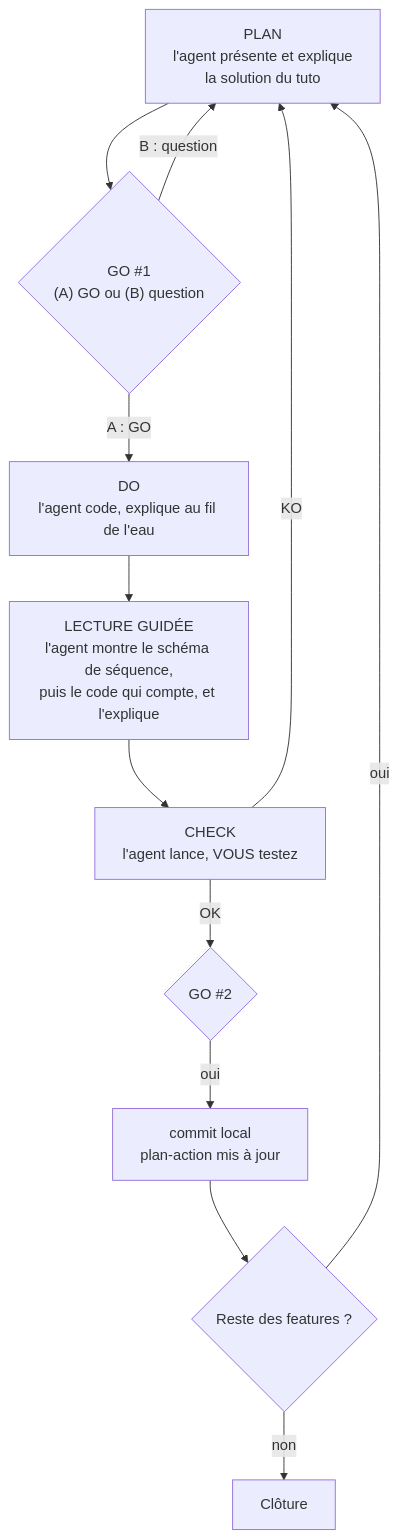
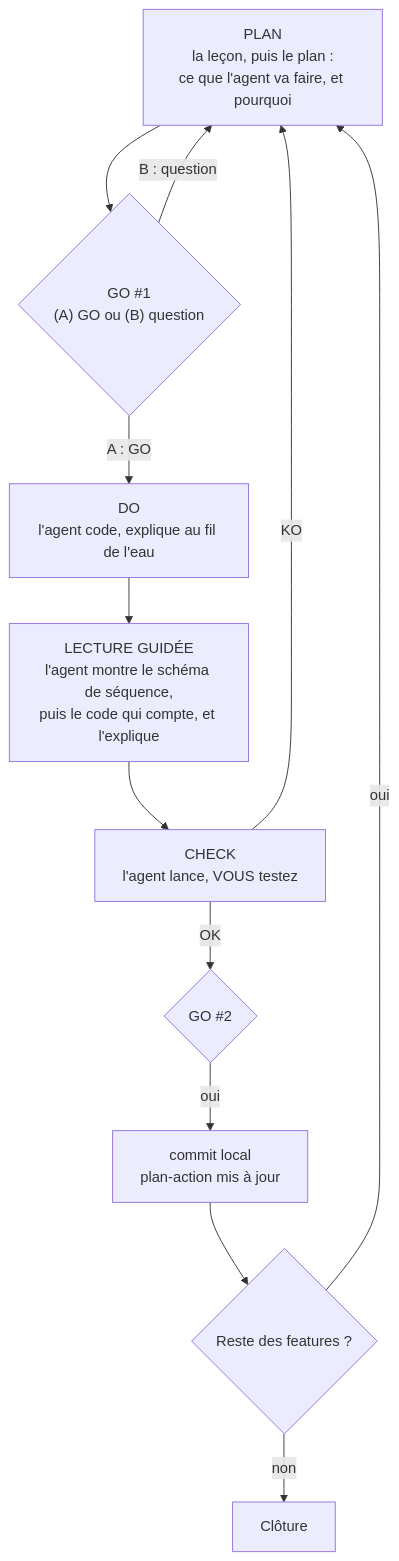
The ninth of 37 diagrams in tuto-goodvibe-vibecoding.md (lecinquiemejour-code/goodvibe-tuto), drawn with Mermaid before and after one commit. The commit also changed other lines of this file and 1 other file, not shown here.

Commit message:
Pédagogie en amont : le PLAN commence par la leçon, rubrique Pourquoi et l'idée en clair dans chaque fiche

````diff
--- a/tuto-goodvibe-vibecoding.md
+++ b/tuto-goodvibe-vibecoding.md
@@ -414,14 +432,14 @@
 ```mermaid
 flowchart TD
-    P["PLAN<br/>l'agent présente et explique<br/>la solution du tuto"] --> G1{"GO #1<br/>(A) GO ou (B) question"}
+    P["PLAN<br/>la leçon, puis le plan :<br/>ce que l'agent va faire, et pourquoi"] --> G1{"GO #1<br/>(A) GO ou (B) question"}
     G1 -- "B : question" --> P
     G1 -- "A : GO" --> DO["DO<br/>l'agent code, explique au fil de l'eau"]
     DO --> LG["LECTURE GUIDÉE<br/>l'agent montre le schéma de séquence,<br/>puis le code qui compte, et l'explique"]
     LG --> CK["CHECK<br/>l'agent lance, VOUS testez"]
     CK -- "KO" --> P
     CK -- "OK" --> G2{"GO #2"}
     G2 -- "oui" --> CM["commit local<br/>plan-action mis à jour"]
     CM --> N{"Reste des features ?"}
     N -- "oui" --> P
     N -- "non" --> ML["Clôture"]
 ```
````
